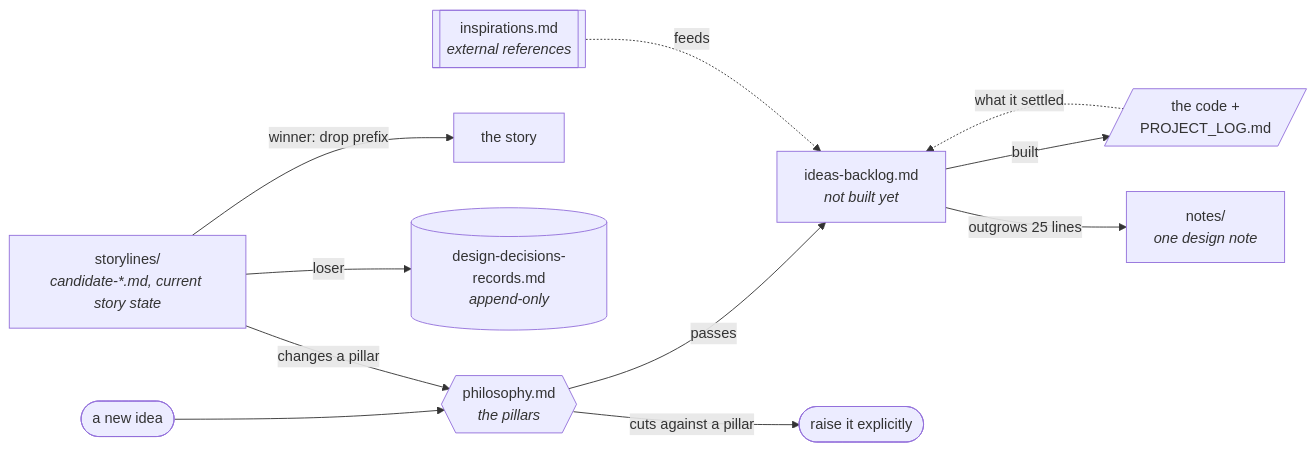
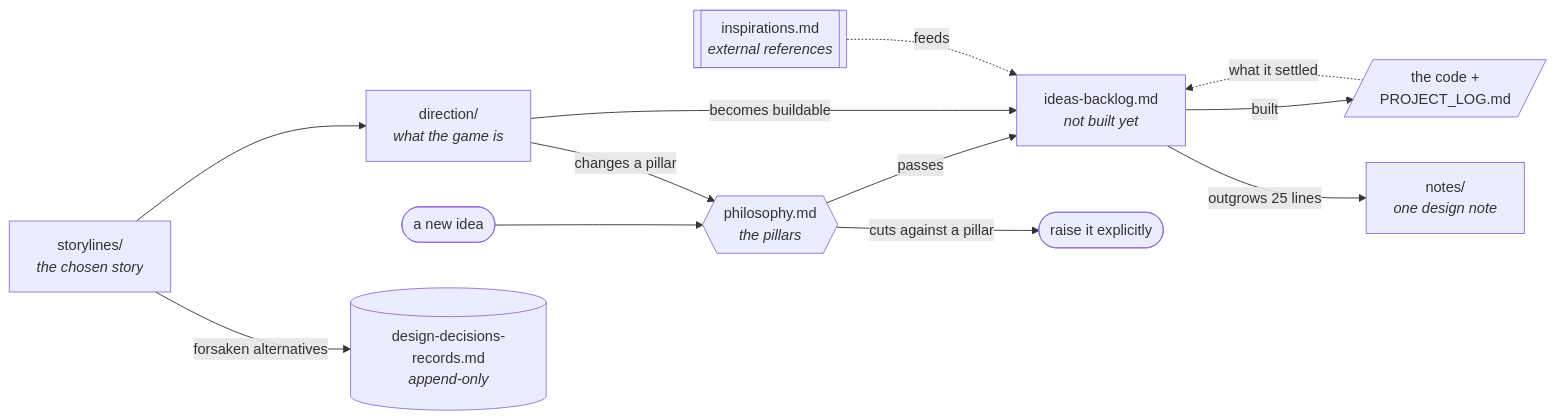
One commit to platypod/sphaze changed the diagram in docs/game-design/README.md. Above: the diagram before and after it, drawn with Mermaid. The commit also changed other lines of this file and 16 other files, not shown here.

````diff
--- a/docs/game-design/README.md
+++ b/docs/game-design/README.md
@@ -14,13 +13,14 @@
 ```mermaid
 flowchart LR
     idea([a new idea]) --> philosophy
     philosophy{{philosophy.md<br/><i>the pillars</i>}} -->|passes| backlog[ideas-backlog.md<br/><i>not built yet</i>]
     philosophy -->|cuts against a pillar| discuss([raise it explicitly])
     backlog -->|built| code[/the code +<br/>PROJECT_LOG.md/]
     backlog -->|outgrows 25 lines| notes[notes/<br/><i>one design note</i>]
-    story[storylines/<br/><i>candidate-*.md, current story state</i>] -->|"winner: drop prefix"| story2[the story]
-    story -->|"loser"| records[(design-decisions-records.md<br/><i>append-only</i>)]
-    story -->|changes a pillar| philosophy
+    story[storylines/<br/><i>the chosen story</i>] --> direction[direction/<br/><i>what the game is</i>]
+    story -->|forsaken alternatives| records[(design-decisions-records.md<br/><i>append-only</i>)]
+    direction -->|changes a pillar| philosophy
+    direction -->|becomes buildable| backlog
     inspirations[[inspirations.md<br/><i>external references</i>]] -.->|feeds| backlog
     code -.->|what it settled| backlog
 ```
````
